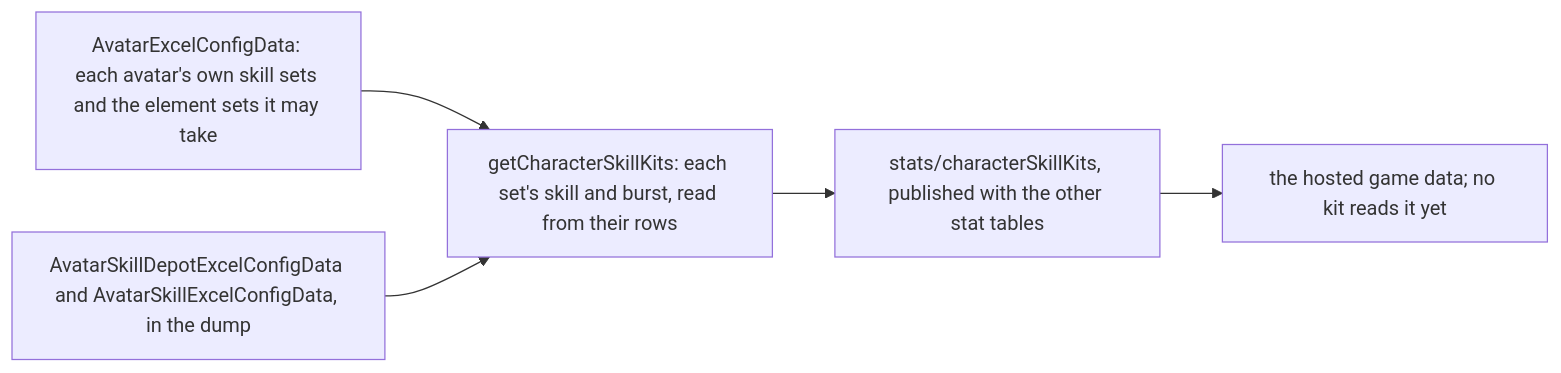
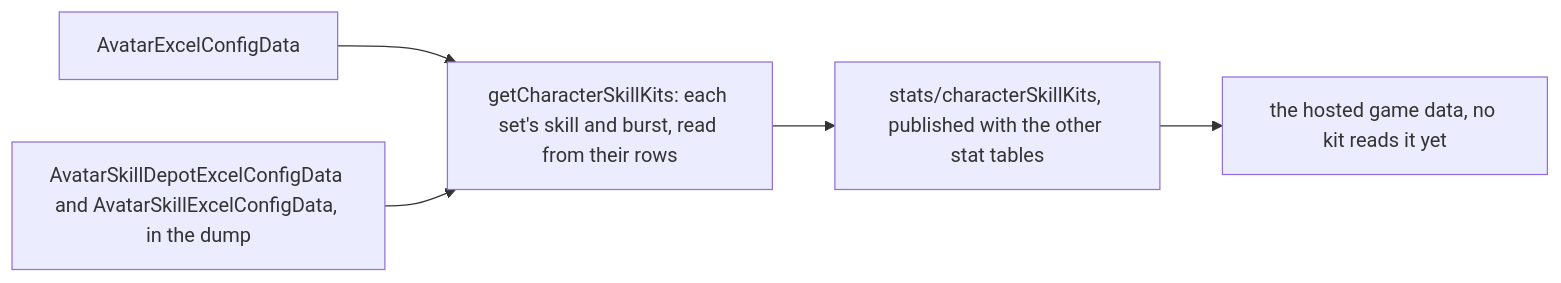
Before and after one commit to Esposter/Esposter: the first of 5 diagrams in openspec/specs/genshin/kits/README.md, drawn with Mermaid. The commit also changed other lines of this file and 13 other files, not shown here.

````diff
--- a/openspec/specs/genshin/kits/README.md
+++ b/openspec/specs/genshin/kits/README.md
@@ -9,7 +9,7 @@
 ```mermaid
 flowchart LR
-  AV["AvatarExcelConfigData: each avatar's own skill sets and the element sets it may take"] --> RD["getCharacterSkillKits: each set's skill and burst, read from their rows"]
+  AV["AvatarExcelConfigData"] --> RD["getCharacterSkillKits: each set's skill and burst, read from their rows"]
   SK["AvatarSkillDepotExcelConfigData and AvatarSkillExcelConfigData, in the dump"] --> RD
   RD --> JSON["stats/characterSkillKits, published with the other stat tables"]
-  JSON --> APP["the hosted game data; no kit reads it yet"]
+  JSON --> APP["the hosted game data, no kit reads it yet"]
 ```
````
